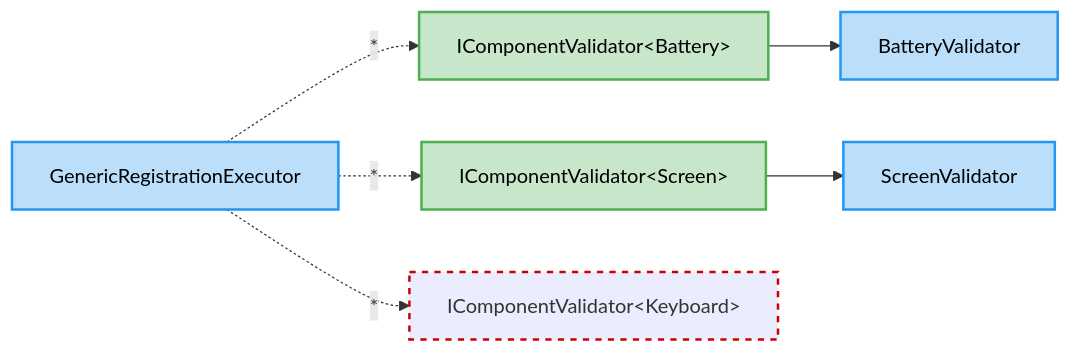
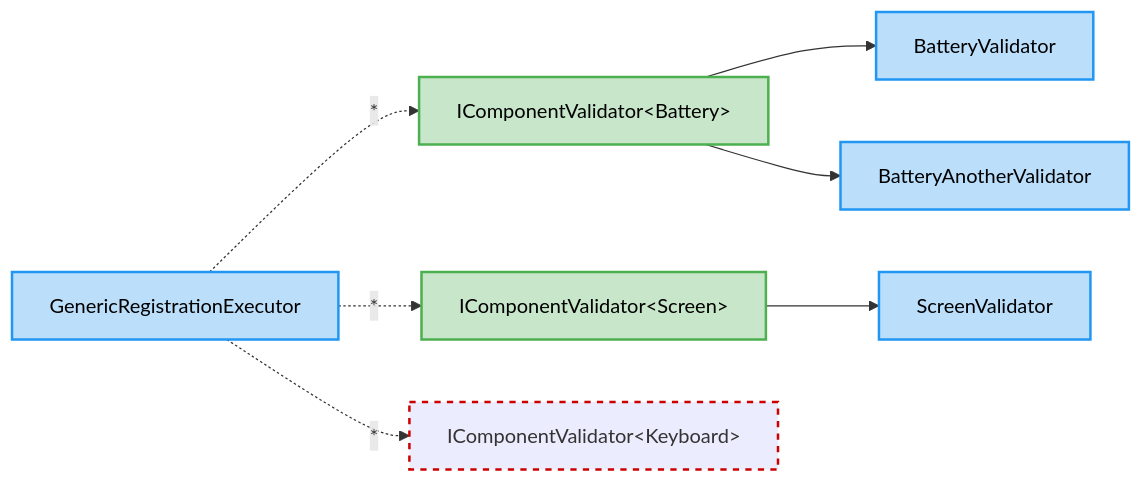
One commit to arika0093/Qudi changed the diagram in examples/Qudi.Example.Readme/exported/GenericRegistrationExecutor.md. Above: the diagram before and after it, drawn with Mermaid. The commit also changed 3 other files, not shown here.

Commit message:
feat: add another Battery validator and update visualizer table formatting

````diff
--- a/examples/Qudi.Example.Readme/exported/GenericRegistrationExecutor.md
+++ b/examples/Qudi.Example.Readme/exported/GenericRegistrationExecutor.md
@@ -1,24 +1,27 @@
 ```mermaid
 flowchart LR
     Qudi_Examples_GenericRegistration_GenericRegistrationExecutor["GenericRegistrationExecutor"]
     Qudi_Examples_GenericRegistration_IComponentValidator_Qudi_Examples_GenericRegistration_Battery_["IComponentValidator#lt;Battery#gt;"]
     Qudi_Examples_GenericRegistration_IComponentValidator_Qudi_Examples_GenericRegistration_Screen_["IComponentValidator#lt;Screen#gt;"]
     Qudi_Examples_GenericRegistration_IComponentValidator_Qudi_Examples_GenericRegistration_Keyboard_["IComponentValidator#lt;Keyboard#gt;"]
     Qudi_Examples_GenericRegistration_BatteryValidator["BatteryValidator"]
+    Qudi_Examples_GenericRegistration_BatteryAnotherValidator["BatteryAnotherValidator"]
     Qudi_Examples_GenericRegistration_ScreenValidator["ScreenValidator"]
     Qudi_Examples_GenericRegistration_GenericRegistrationExecutor -.->|"*"| Qudi_Examples_GenericRegistration_IComponentValidator_Qudi_Examples_GenericRegistration_Battery_
     Qudi_Examples_GenericRegistration_GenericRegistrationExecutor -.->|"*"| Qudi_Examples_GenericRegistration_IComponentValidator_Qudi_Examples_GenericRegistration_Screen_
     Qudi_Examples_GenericRegistration_GenericRegistrationExecutor -.->|"*"| Qudi_Examples_GenericRegistration_IComponentValidator_Qudi_Examples_GenericRegistration_Keyboard_
     Qudi_Examples_GenericRegistration_IComponentValidator_Qudi_Examples_GenericRegistration_Battery_ --> Qudi_Examples_GenericRegistration_BatteryValidator
+    Qudi_Examples_GenericRegistration_IComponentValidator_Qudi_Examples_GenericRegistration_Battery_ --> Qudi_Examples_GenericRegistration_BatteryAnotherValidator
     Qudi_Examples_GenericRegistration_IComponentValidator_Qudi_Examples_GenericRegistration_Screen_ --> Qudi_Examples_GenericRegistration_ScreenValidator
     classDef missing stroke:#c00,stroke-width:2px,stroke-dasharray:5 5;
     class Qudi_Examples_GenericRegistration_IComponentValidator_Qudi_Examples_GenericRegistration_Keyboard_ missing;
     classDef interface fill:#c8e6c9,stroke:#4caf50,stroke-width:2px,color:#000;
     class Qudi_Examples_GenericRegistration_IComponentValidator_Qudi_Examples_GenericRegistration_Battery_ interface;
     class Qudi_Examples_GenericRegistration_IComponentValidator_Qudi_Examples_GenericRegistration_Screen_ interface;
     classDef cls fill:#bbdefb,stroke:#2196f3,stroke-width:2px,color:#000;
     class Qudi_Examples_GenericRegistration_GenericRegistrationExecutor cls;
     class Qudi_Examples_GenericRegistration_BatteryValidator cls;
+    class Qudi_Examples_GenericRegistration_BatteryAnotherValidator cls;
     class Qudi_Examples_GenericRegistration_ScreenValidator cls;
 
 ```
````
